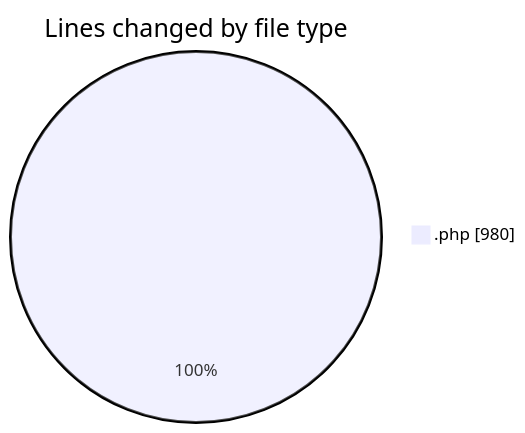
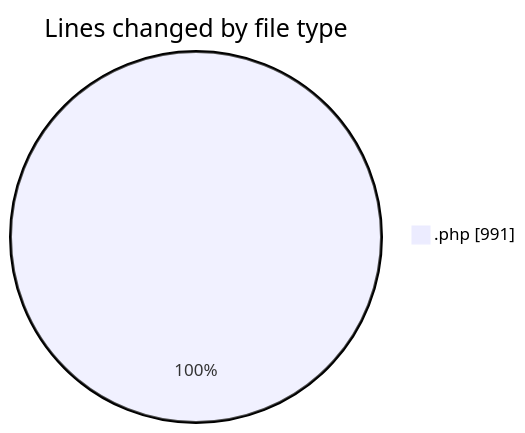
The first of 2 diagrams in 2025-01-14/oficina/README.md (LanceThiago/code-tracking), drawn with Mermaid before and after one commit. The commit also changed other lines of this file and 1 other file, not shown here.

````diff
--- a/2025-01-14/oficina/README.md
+++ b/2025-01-14/oficina/README.md
@@ -23,5 +23,5 @@
 ```mermaid
 pie showData
 title Lines changed by file type
-".php" : 980
+".php" : 991
 ```
````
